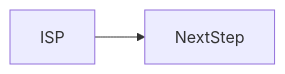
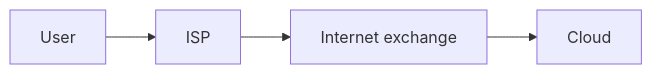
Before and after one commit to OmidJavaherii/Frontend-Engineering-Handbook: the second of 2 diagrams in docs/en/02-internet/isp/index.md, drawn with Mermaid. The commit also changed other lines of this file and 461 other files, not shown here.

````diff
--- a/docs/en/02-internet/isp/index.md
+++ b/docs/en/02-internet/isp/index.md
@@ -94,4 +105,4 @@
 ```mermaid
 flowchart LR
-  concept[ISP] --> nextStep[NextStep]
+  User --> ISP --> IXP[Internet exchange] --> Cloud
 ```
````
